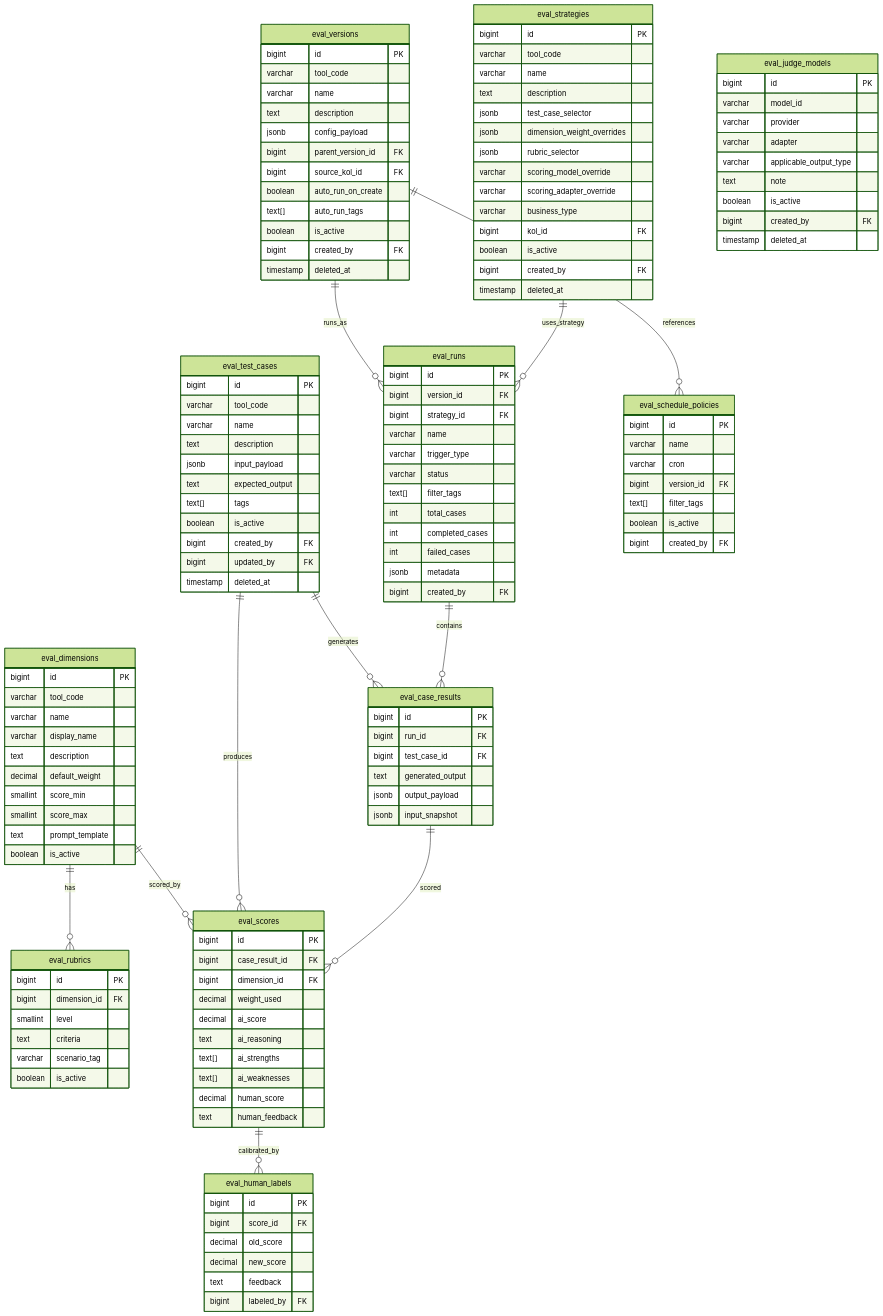
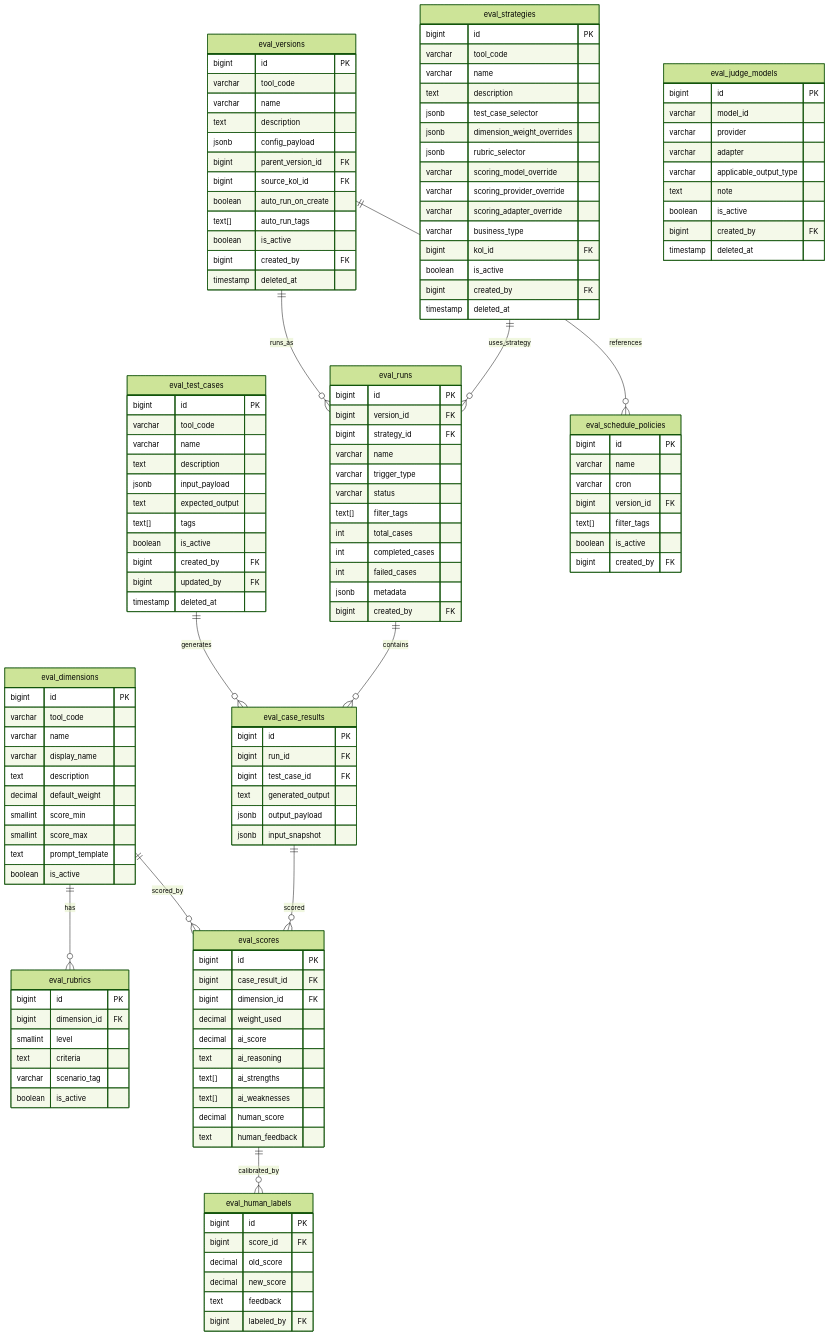
The fourth of 4 diagrams in docs/superpowers/specs/2026-07-20-aigc-evaluation-system-design.md (Aiintalk/New_Mcn_Platform), drawn with Mermaid (forest theme) before and after one commit. The commit also changed other lines of this file and 2 other files, not shown here.

```diff
--- a/docs/superpowers/specs/2026-07-20-aigc-evaluation-system-design.md
+++ b/docs/superpowers/specs/2026-07-20-aigc-evaluation-system-design.md
@@ -762,7 +769,6 @@
     eval_dimensions ||--o{ eval_rubrics : has
     eval_dimensions ||--o{ eval_scores : scored_by
     eval_test_cases ||--o{ eval_case_results : generates
-    eval_test_cases ||--o{ eval_scores : produces
     eval_versions ||--o{ eval_runs : runs_as
     eval_strategies ||--o{ eval_runs : uses_strategy
     eval_runs ||--o{ eval_case_results : contains
@@ -886,6 +892,7 @@
         jsonb dimension_weight_overrides
         jsonb rubric_selector
         varchar scoring_model_override
+        varchar scoring_provider_override
         varchar scoring_adapter_override
         varchar business_type
         bigint kol_id FK
```
